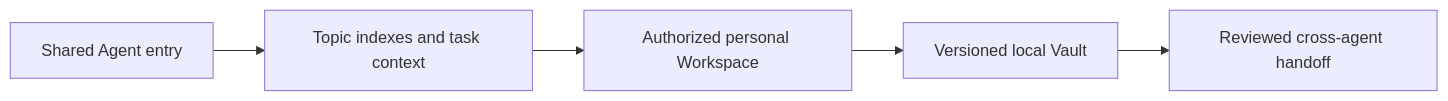
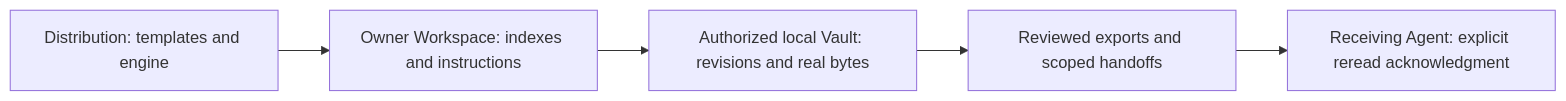
The diagram in docs/i18n/README.en.md (ranchen-love/ai-memory-hub-v2-1-review), drawn with Mermaid before and after one commit. The commit also changed other lines of this file, not shown here.

Commit message:
docs(i18n): align English README with Agent-first product journey and honest capability matrix

````diff
--- a/docs/i18n/README.en.md
+++ b/docs/i18n/README.en.md
@@ -246,7 +67,7 @@
 ```mermaid
 flowchart LR
-    A["Shared Agent entry"] --> B["Topic indexes and task context"]
-    B --> C["Authorized personal Workspace"]
-    C --> D["Versioned local Vault"]
-    D --> E["Reviewed cross-agent handoff"]
+    A["Distribution: templates and engine"] --> B["Owner Workspace: indexes and instructions"]
+    B --> C["Authorized local Vault: revisions and real bytes"]
+    C --> D["Reviewed exports and scoped handoffs"]
+    D --> E["Receiving Agent: explicit reread acknowledgment"]
 ```
````
